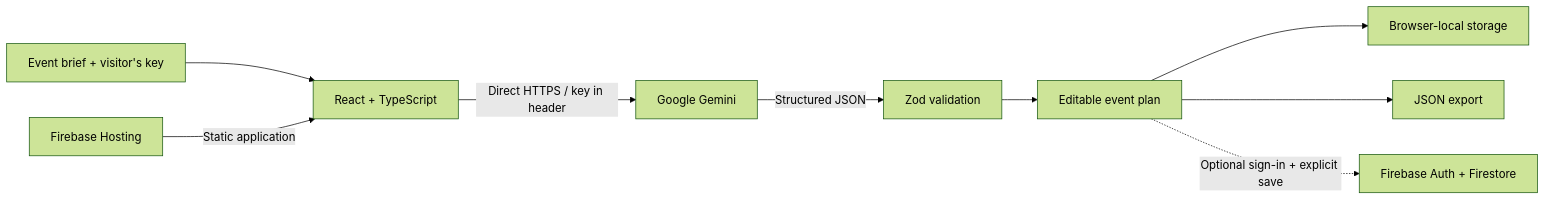
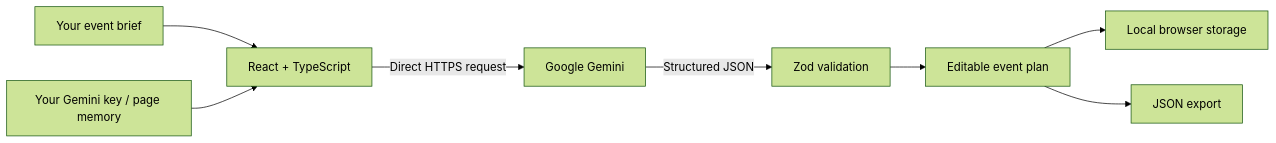
The diagram in README.md (Navaneeth-007/gather), drawn with Mermaid (forest theme) before and after one commit. The commit also changed other lines of this file and 38 other files, not shown here.

Commit message:
Simplify Gather to local planning and remove sign-in and submission material

````diff
--- a/README.md
+++ b/README.md
@@ -84,11 +77,10 @@
 ```mermaid
 flowchart LR
-  Visitor[Event brief + visitor's key] --> App[React + TypeScript]
-  App -->|Direct HTTPS / key in header| Gemini[Google Gemini]
+  Brief[Your event brief] --> App[React + TypeScript]
+  Key[Your Gemini key / page memory] --> App
+  App -->|Direct HTTPS request| Gemini[Google Gemini]
   Gemini -->|Structured JSON| Validate[Zod validation]
   Validate --> Plan[Editable event plan]
-  Plan --> Local[Browser-local storage]
+  Plan --> Local[Local browser storage]
   Plan --> Export[JSON export]
-  Plan -. Optional sign-in + explicit save .-> Firebase[Firebase Auth + Firestore]
-  Hosting[Firebase Hosting] -->|Static application| App
 ```
````
